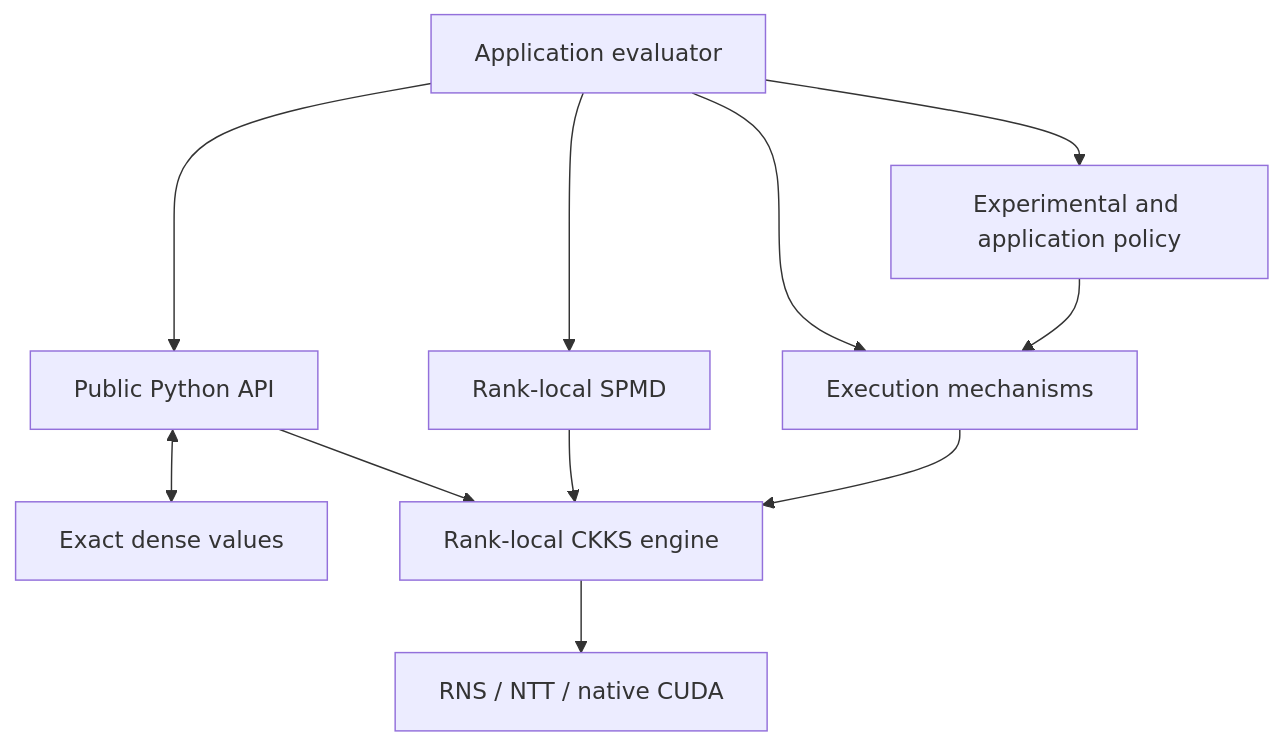
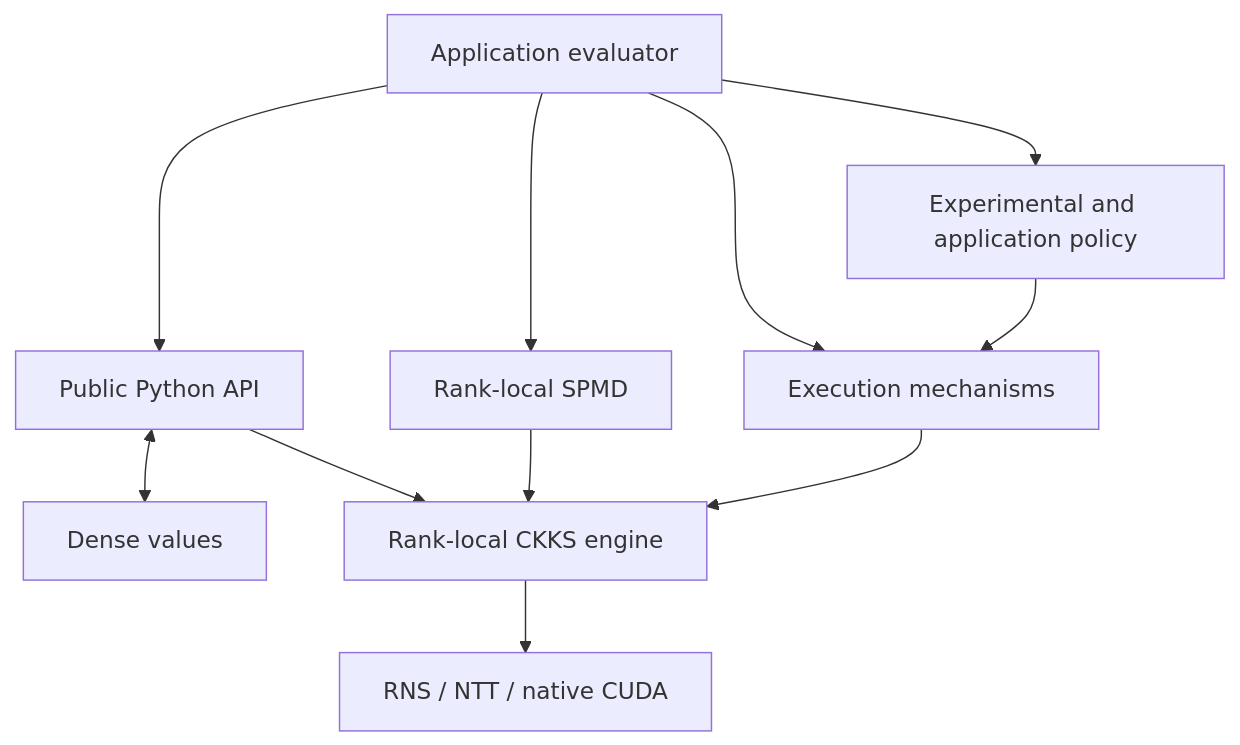
The diagram in docs/concepts/index.md (visualDust/fhelium), drawn with Mermaid before and after one commit. The commit also changed other lines of this file and 222 other files, not shown here.

````diff
--- a/docs/concepts/index.md
+++ b/docs/concepts/index.md
@@ -48,18 +48,18 @@
 ```mermaid
 graph TB
     APP[Application evaluator]
     API[Public Python API]
-    VALUE[Exact dense values]
+    VALUE[Dense values]
     ENGINE[Rank-local CKKS engine]
     NATIVE[RNS / NTT / native CUDA]
     DIST[Rank-local SPMD]
     EXEC[Execution mechanisms]
     POLICY[Experimental and application policy]
 
     APP --> API
     API <--> VALUE
     API --> ENGINE --> NATIVE
     APP --> DIST --> ENGINE
     APP --> EXEC --> ENGINE
     APP --> POLICY --> EXEC
 ```
````
